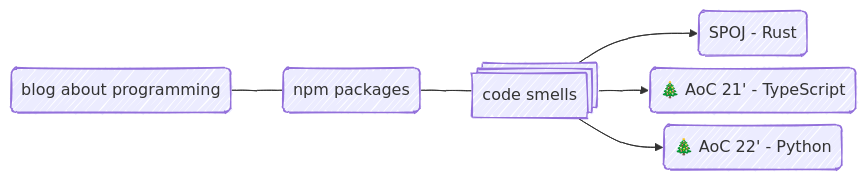
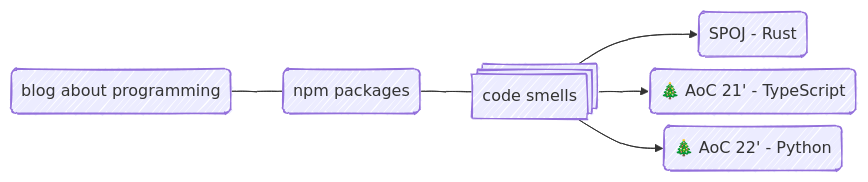
One commit to twistezo/twistezo changed the diagram in README.md. Above: the diagram before and after it, drawn with Mermaid.

````diff
--- a/README.md
+++ b/README.md
@@ -1,34 +1,34 @@
 ```mermaid
 ---
 config:
   look: handDrawn
   # theme: neutral
   securityLevel: antiscript
   flowchart:
-    diagramPadding: 0
+    diagramPadding: 20
     nodeSpacing: 10
     rankSpacing: 50
     padding: 10
 ---
 flowchart LR
     BLOG(blog about programming)
     NPM(npm packages)
     CODE@{ shape: st-rect, label: "code smells"}
     A(SPOJ - Rust)
     B(🎄 AoC 21' - TypeScript)
     C(🎄 AoC 22' - Python)
 
     BLOG --- NPM --- CODE
     CODE --> A
     CODE --> B
     CODE --> C
 
     click BLOG href "https://twistezo.github.io/blog/" "Tooltip" _blank
     click NPM href "https://www.npmjs.com/~twistezo" "Tooltip" _blank
     click A href "https://github.com/twistezo/spoj-tournament" "Tooltip" _blank
     click B href "https://github.com/twistezo/advent-of-code-2021" "Tooltip" _blank
     click C href "https://github.com/twistezo/advent-of-code-2021" "Tooltip" _blank
 
     %% classDef styles fill:#fff
     %% class BLOG,NPM,CODE,A,B,C styles
 ```
````
